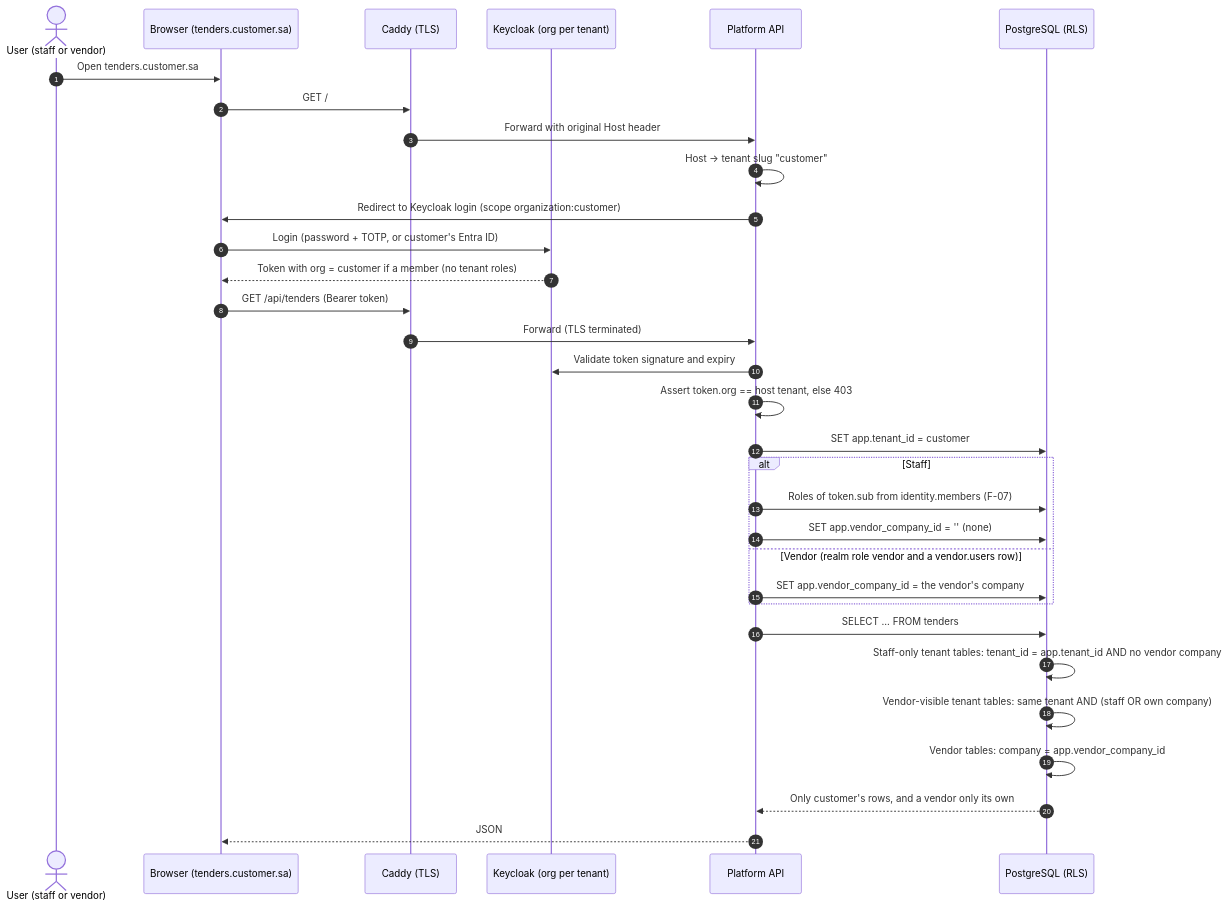
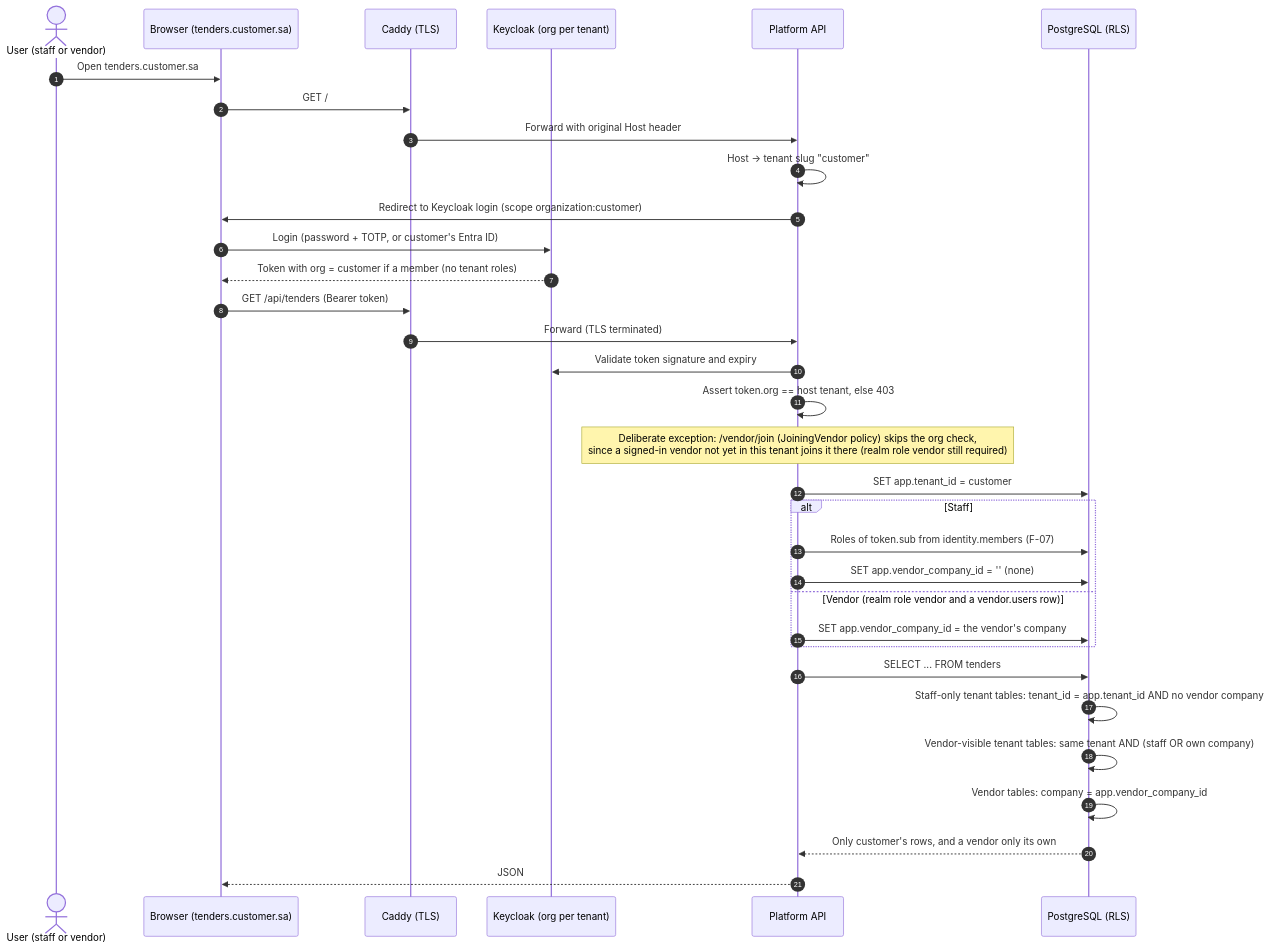
The fifth of 13 diagrams in docs/03-diagrams.md (AhmedAssaf/ERP), drawn with Mermaid before and after one commit. The commit also changed 1 other file, not shown here.

Commit message:
docs: correct the RLS reason for the member unbind command (docs/07); diagram 5 notes /vendor/join skips the org check (docs/03)

````diff
--- a/docs/03-diagrams.md
+++ b/docs/03-diagrams.md
@@ -167,35 +167,36 @@
 ```mermaid
 sequenceDiagram
     autonumber
     actor U as User (staff or vendor)
     participant B as Browser (tenders.customer.sa)
     participant GW as Caddy (TLS)
     participant KC as Keycloak (org per tenant)
     participant API as Platform API
     participant DB as PostgreSQL (RLS)
 
     U->>B: Open tenders.customer.sa
     B->>GW: GET /
     GW->>API: Forward with original Host header
     API->>API: Host -> tenant slug "customer"
     API->>B: Redirect to Keycloak login (scope organization:customer)
     B->>KC: Login (password + TOTP, or customer's Entra ID)
     KC-->>B: Token with org = customer if a member (no tenant roles)
     B->>GW: GET /api/tenders (Bearer token)
     GW->>API: Forward (TLS terminated)
     API->>KC: Validate token signature and expiry
     API->>API: Assert token.org == host tenant, else 403
+    Note over API: Deliberate exception: /vendor/join (JoiningVendor policy) skips the org check,<br/>since a signed-in vendor not yet in this tenant joins it there (realm role vendor still required)
     API->>DB: SET app.tenant_id = customer
     alt Staff
         API->>DB: Roles of token.sub from identity.members (F-07)
         API->>DB: SET app.vendor_company_id = '' (none)
     else Vendor (realm role vendor and a vendor.users row)
         API->>DB: SET app.vendor_company_id = the vendor's company
     end
     API->>DB: SELECT ... FROM tenders
     DB->>DB: Staff-only tenant tables: tenant_id = app.tenant_id AND no vendor company
     DB->>DB: Vendor-visible tenant tables: same tenant AND (staff OR own company)
     DB->>DB: Vendor tables: company = app.vendor_company_id
     DB-->>API: Only customer's rows, and a vendor only its own
     API-->>B: JSON
 ```
````
